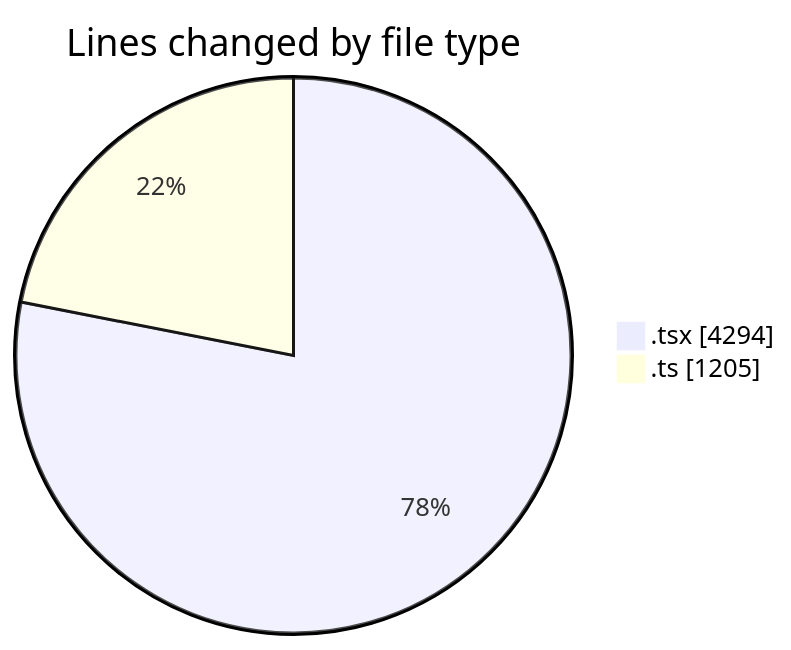
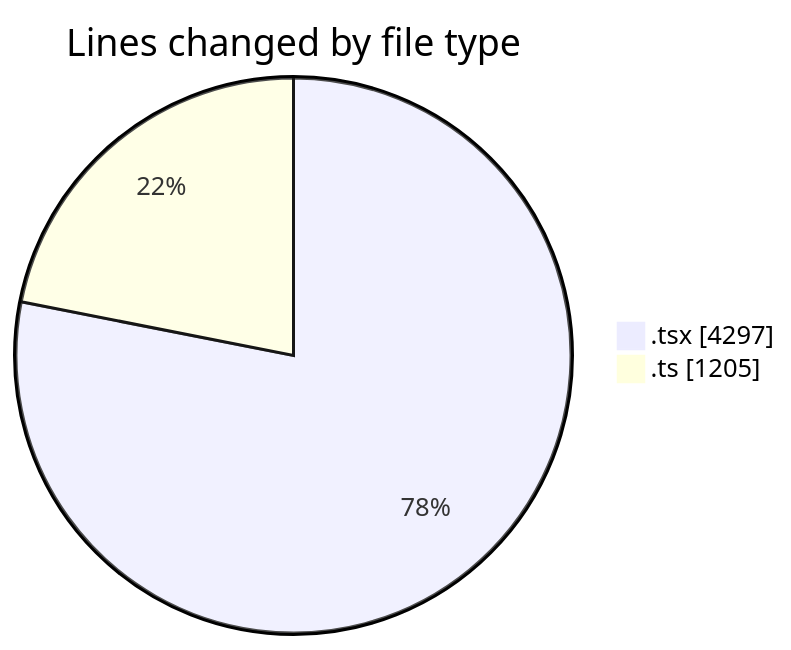
The first of 2 diagrams in 2026-02-18/nxtqube_webapp/README.md (nxtqubesakshisongat/code-tracking), drawn with Mermaid before and after one commit. The commit also changed other lines of this file and 1 other file, not shown here.

````diff
--- a/2026-02-18/nxtqube_webapp/README.md
+++ b/2026-02-18/nxtqube_webapp/README.md
@@ -29,6 +29,6 @@
 ```mermaid
 pie showData
 title Lines changed by file type
-".tsx" : 4294
+".tsx" : 4297
 ".ts" : 1205
 ```
````
